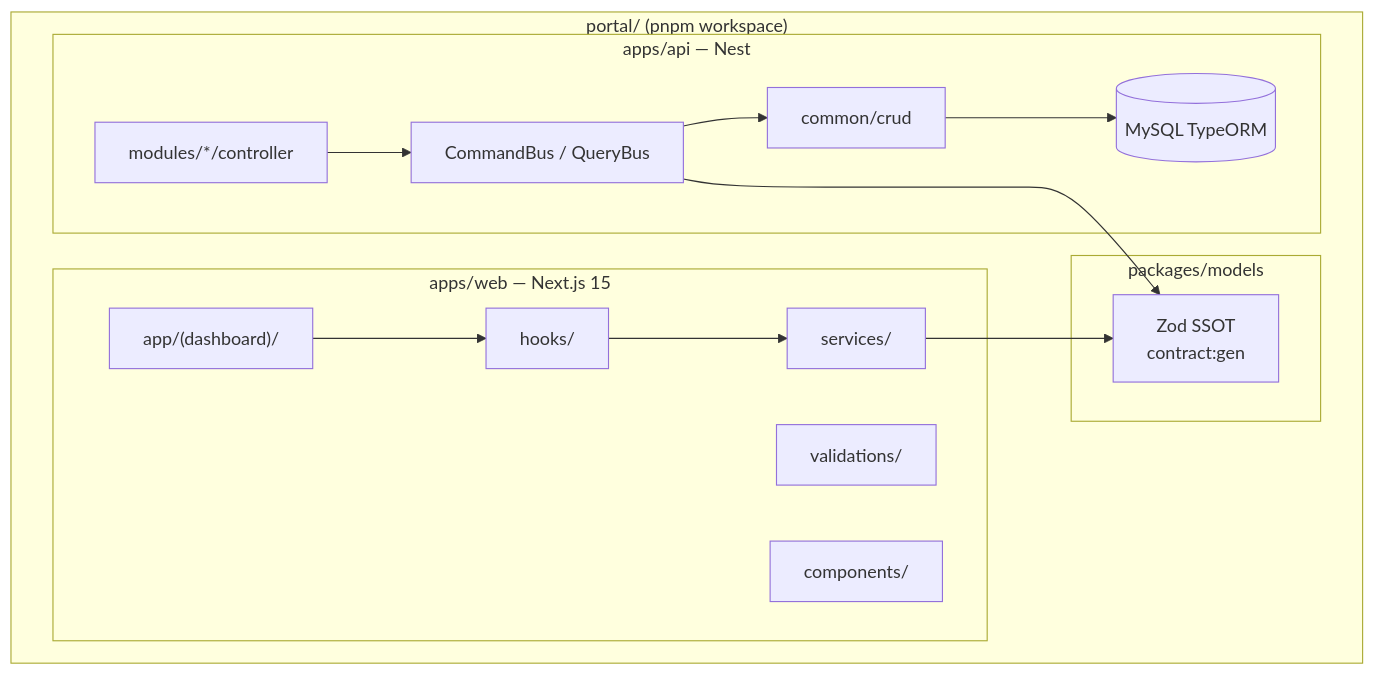
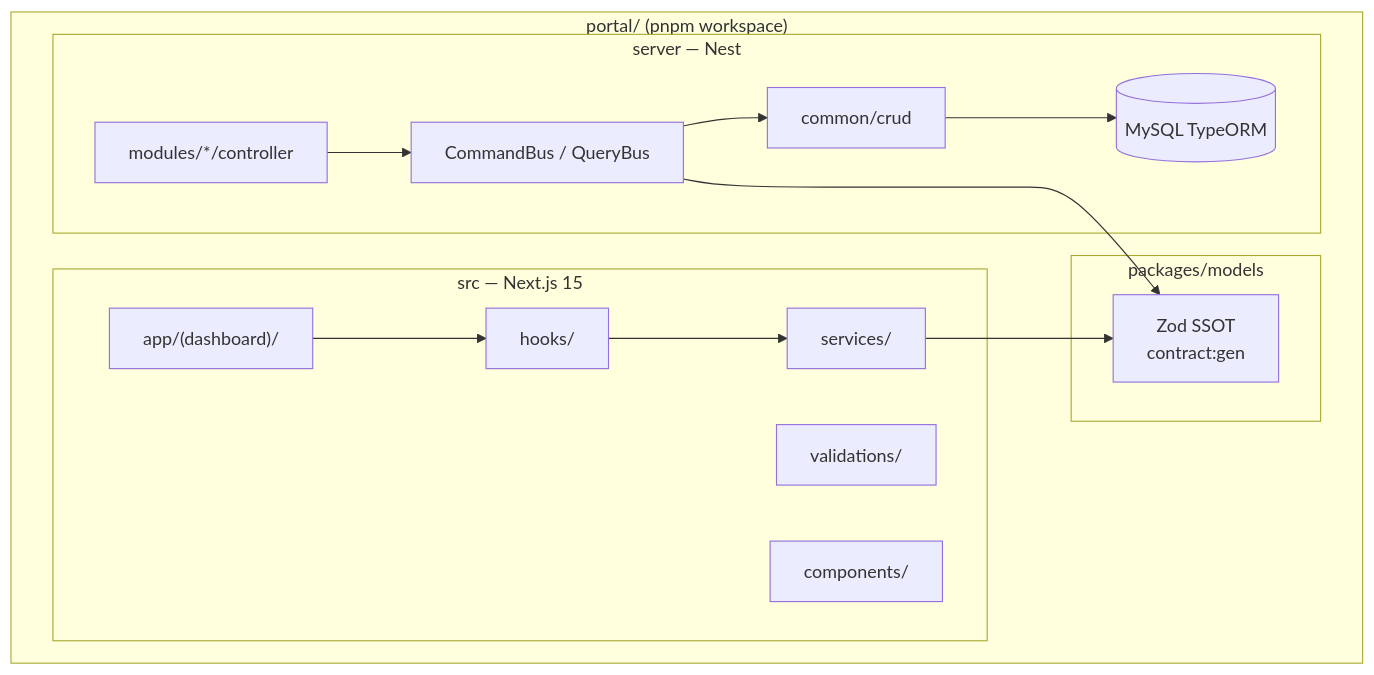
The first of 2 diagrams in docs/operational/ARCHITECTURE.md (raintr91/next_nest), drawn with Mermaid before and after one commit. The commit also changed other lines of this file and 233 other files, not shown here.

````diff
--- a/docs/operational/ARCHITECTURE.md
+++ b/docs/operational/ARCHITECTURE.md
@@ -15,29 +15,29 @@
 ```mermaid
 flowchart TB
   subgraph Root["portal/ (pnpm workspace)"]
-    subgraph FE["apps/web — Next.js 15"]
+    subgraph FE["src — Next.js 15"]
       APP["app/(dashboard)/"]
       HOOKS[hooks/]
       SV[services/]
       VA[validations/]
       CMP[components/]
     end
 
     subgraph PKG["packages/models"]
       ZOD["Zod SSOT\ncontract:gen"]
     end
 
-    subgraph API["apps/api — Nest"]
+    subgraph API["server — Nest"]
       CTL[modules/*/controller]
       CQRS[CommandBus / QueryBus]
       COM[common/crud]
       DB[(MySQL TypeORM)]
     end
   end
 
   APP --> HOOKS
   HOOKS --> SV
   SV --> ZOD
   CTL --> CQRS --> COM --> DB
   CQRS --> ZOD
 ```
````
